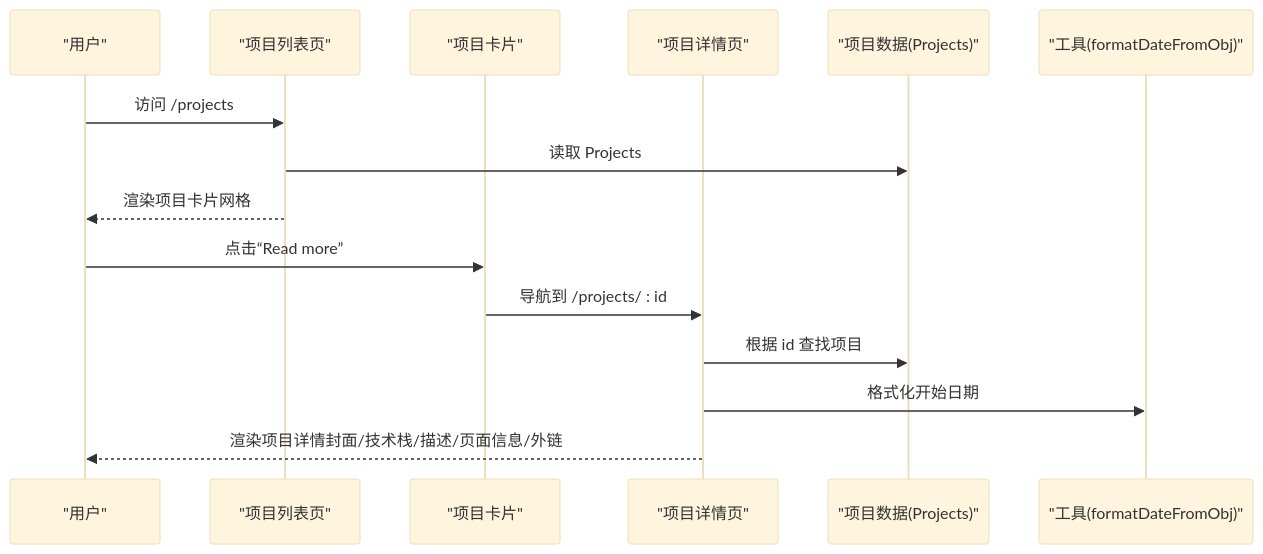
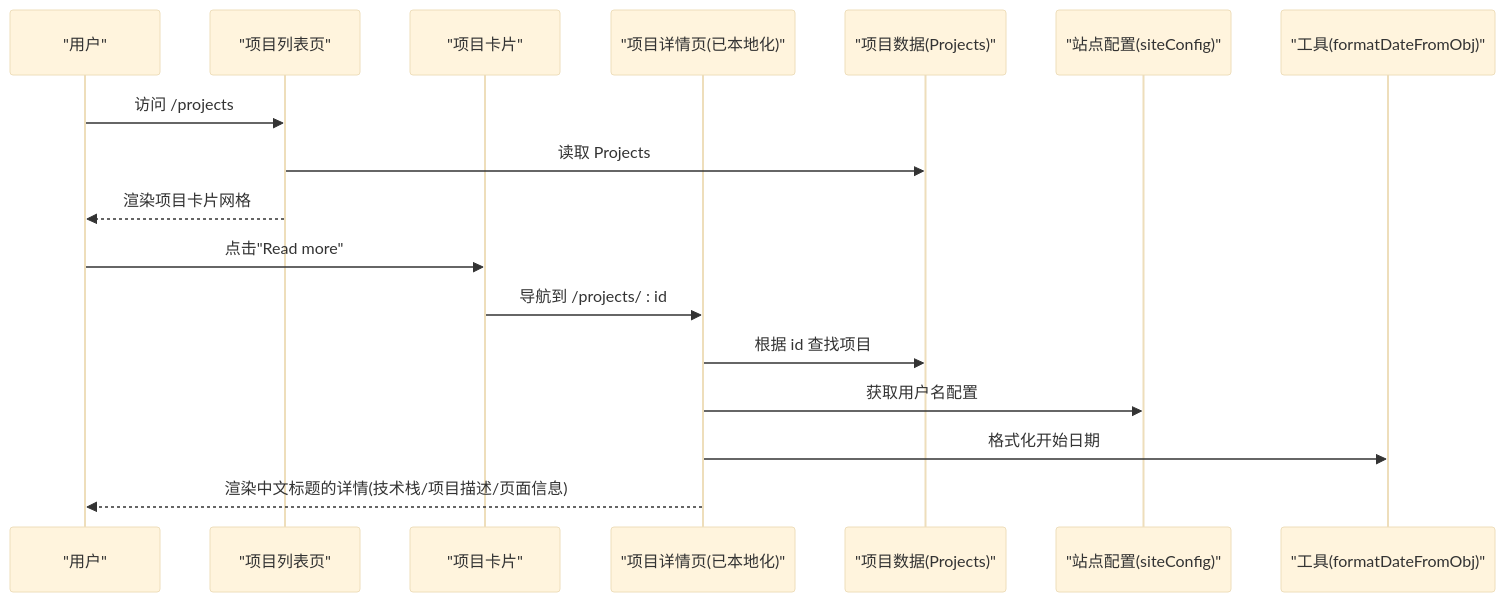
The second of 6 diagrams in .qoder/repowiki/zh/content/核心功能模块/项目展示模块/项目展示模块.md (florianjsun/next-portfolio), drawn with Mermaid (base theme) before and after one commit. The commit also changed other lines of this file and 4 other files, not shown here.

````diff
--- a/.qoder/repowiki/zh/content/核心功能模块/项目展示模块/项目展示模块.md
+++ b/.qoder/repowiki/zh/content/核心功能模块/项目展示模块/项目展示模块.md
@@ -100,17 +112,19 @@
 ```mermaid
 sequenceDiagram
 participant User as "用户"
 participant List as "项目列表页"
 participant Card as "项目卡片"
-participant Detail as "项目详情页"
+participant Detail as "项目详情页(已本地化)"
 participant Data as "项目数据(Projects)"
+participant Site as "站点配置(siteConfig)"
 participant Utils as "工具(formatDateFromObj)"
 User->>List : 访问 /projects
 List->>Data : 读取 Projects
 List-->>User : 渲染项目卡片网格
-User->>Card : 点击“Read more”
+User->>Card : 点击"Read more"
 Card->>Detail : 导航到 /projects/ : id
 Detail->>Data : 根据 id 查找项目
+Detail->>Site : 获取用户名配置
 Detail->>Utils : 格式化开始日期
-Detail-->>User : 渲染项目详情封面/技术栈/描述/页面信息/外链
+Detail-->>User : 渲染中文标题的详情(技术栈/项目描述/页面信息)
 ```
````
